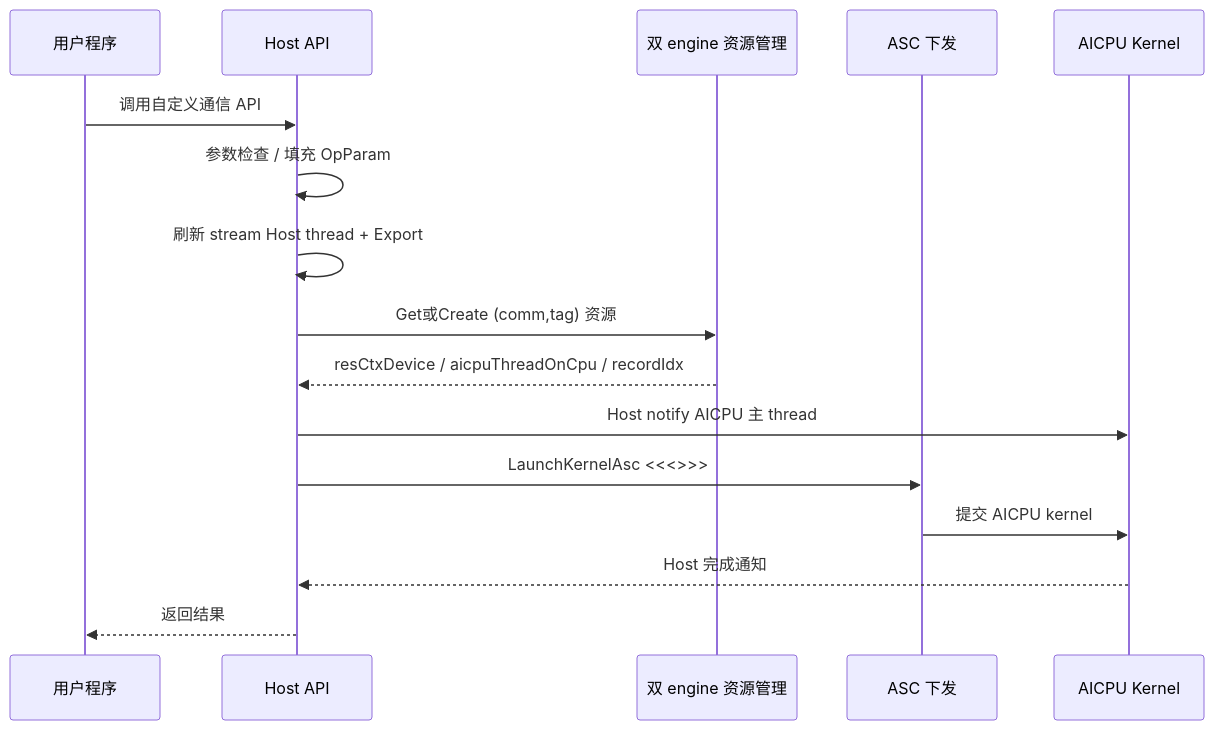
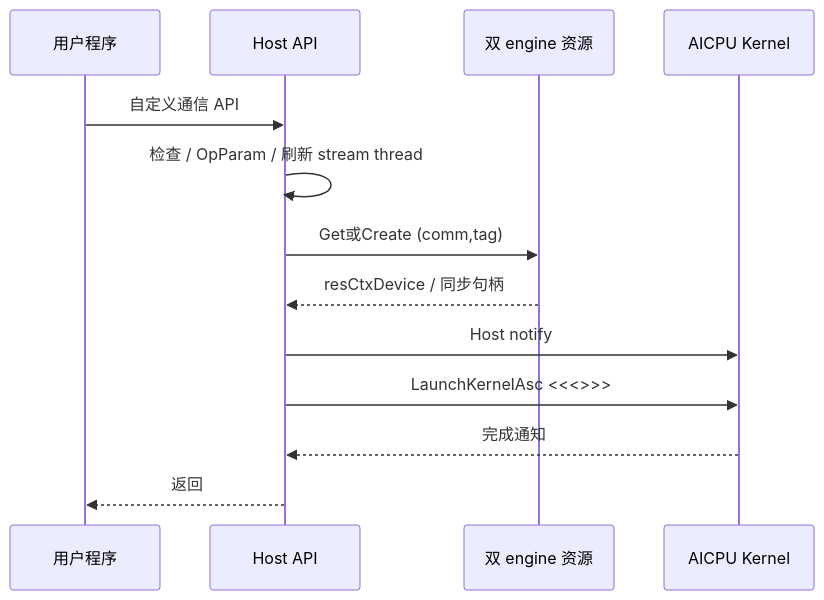
Before and after one commit to qingshangyan12/my_code: the third of 4 diagrams in docs/aicpu_custom_communication_op_design.md, drawn with Mermaid. The commit also changed other lines of this file, not shown here.

First line of the commit message:
Consolidate AICPU design doc into 10 chapters

````diff
--- a/docs/aicpu_custom_communication_op_design.md
+++ b/docs/aicpu_custom_communication_op_design.md
@@ -338,19 +245,16 @@
 ```mermaid
 sequenceDiagram
     participant U as 用户程序
     participant H as Host API
-    participant R as 双 engine 资源管理
-    participant S as ASC 下发
+    participant R as 双 engine 资源
     participant A as AICPU Kernel
 
-    U->>H: 调用自定义通信 API
-    H->>H: 参数检查 / 填充 OpParam
-    H->>H: 刷新 stream Host thread + Export
-    H->>R: Get或Create (comm,tag) 资源
-    R-->>H: resCtxDevice / aicpuThreadOnCpu / recordIdx
-    H->>A: Host notify AICPU 主 thread
-    H->>S: LaunchKernelAsc <<<>>>
-    S->>A: 提交 AICPU kernel
-    A-->>H: Host 完成通知
-    H-->>U: 返回结果
+    U->>H: 自定义通信 API
+    H->>H: 检查 / OpParam / 刷新 stream thread
+    H->>R: Get或Create (comm,tag)
+    R-->>H: resCtxDevice / 同步句柄
+    H->>A: Host notify
+    H->>A: LaunchKernelAsc <<<>>>
+    A-->>H: 完成通知
+    H-->>U: 返回
 ```
````
